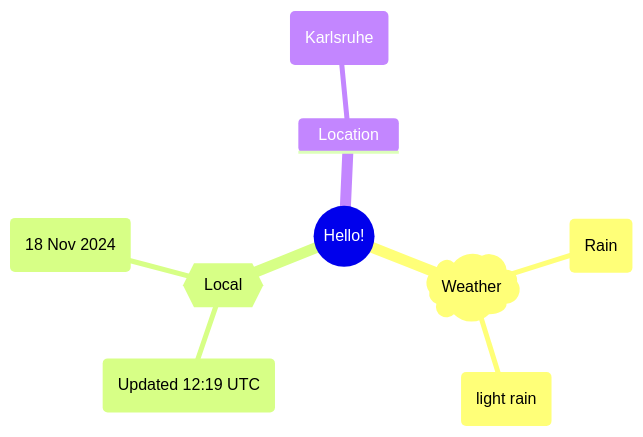
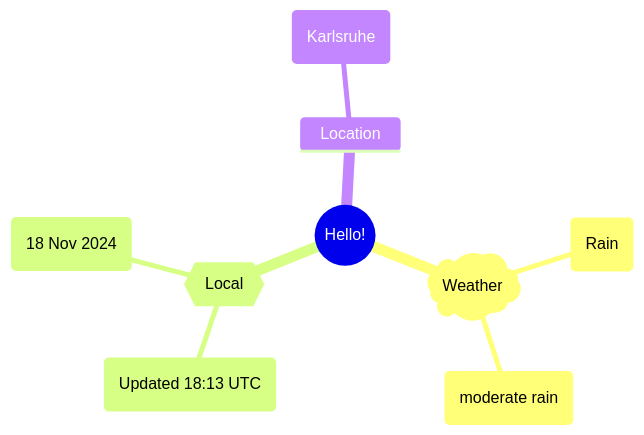
One commit to Xosrov/Xosrov changed the first of 2 diagrams in README.md. Above: the diagram before and after it, drawn with Mermaid.

Commit message:
[bot] updated images

````diff
--- a/README.md
+++ b/README.md
@@ -3,12 +3,12 @@
 ```mermaid
 mindmap
   root((Hello!))
     )Weather(
         (Rain)
-        (light rain)
+        (moderate rain)
     {{Local}}
-        (Updated 12:19 UTC)
+        (Updated 18:13 UTC)
         (18 Nov 2024)
     Location
         (Karlsruhe)
 ```
````
